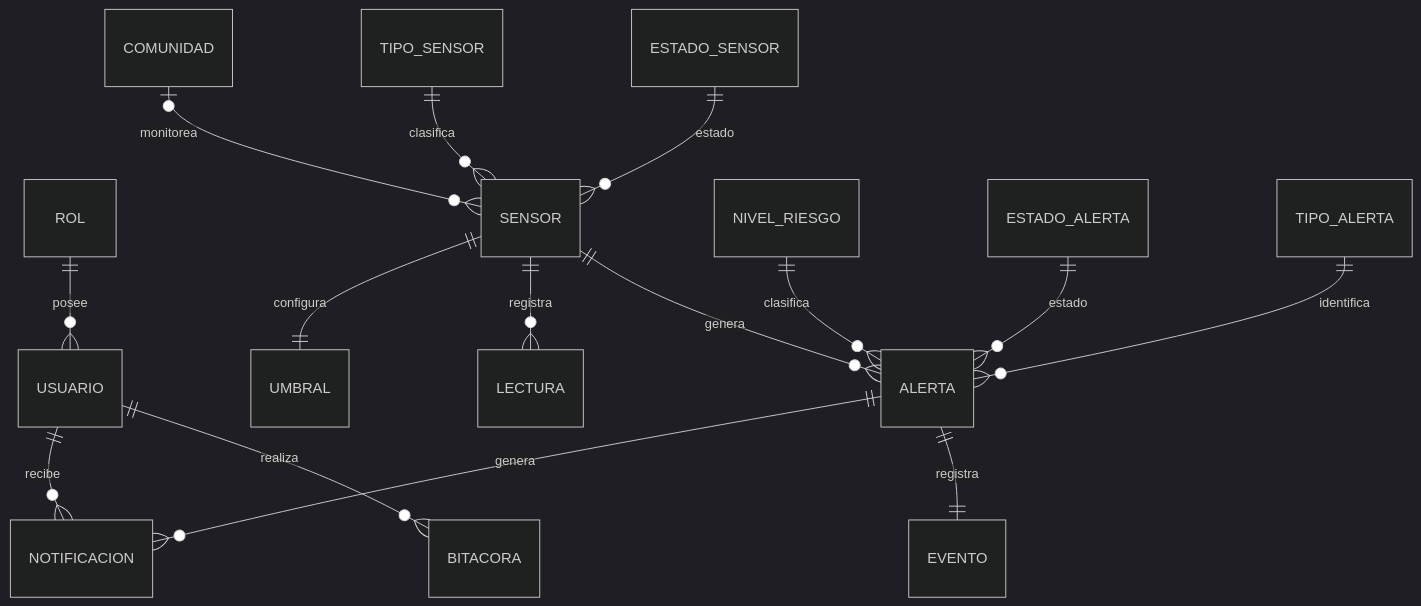
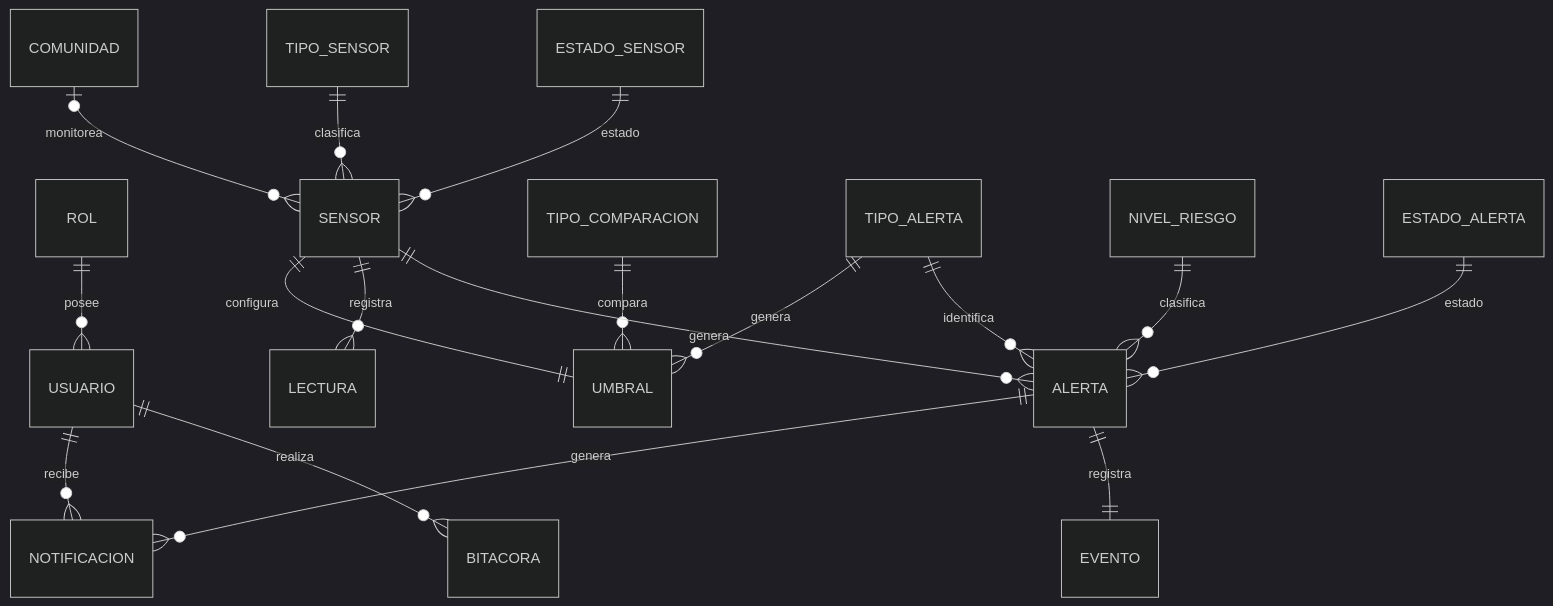
Before and after one commit to acifuinaMar/ClimGuard: the diagram in docs/DOC-10-Modelo de BD.md, drawn with Mermaid (dark theme). The commit also changed other lines of this file and 3 other files, not shown here.

````diff
--- a/docs/DOC-10-Modelo de BD.md
+++ b/docs/DOC-10-Modelo de BD.md
@@ -71,31 +72,35 @@
 ```mermaid
 erDiagram
 
 ROL ||--o{ USUARIO : posee
 
 COMUNIDAD o|--o{ SENSOR : monitorea
 
 TIPO_SENSOR ||--o{ SENSOR : clasifica
 
 ESTADO_SENSOR ||--o{ SENSOR : estado
 
 SENSOR ||--|| UMBRAL : configura
+
+TIPO_COMPARACION ||--o{ UMBRAL : compara
+
+TIPO_ALERTA ||--o{ UMBRAL : genera
 
 SENSOR ||--o{ LECTURA : registra
 
 SENSOR ||--o{ ALERTA : genera
 
 NIVEL_RIESGO ||--o{ ALERTA : clasifica
 
 ESTADO_ALERTA ||--o{ ALERTA : estado
 
 TIPO_ALERTA ||--o{ ALERTA : identifica
 
 ALERTA ||--o{ NOTIFICACION : genera
 
 USUARIO ||--o{ NOTIFICACION : recibe
 
 ALERTA ||--|| EVENTO : registra
 
 USUARIO ||--o{ BITACORA : realiza
 ```
````
